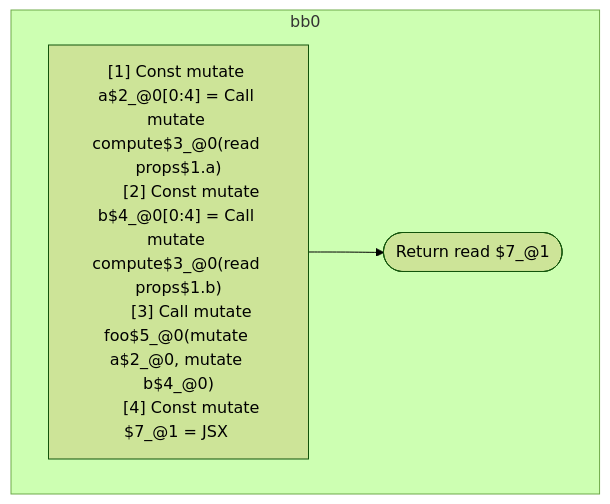
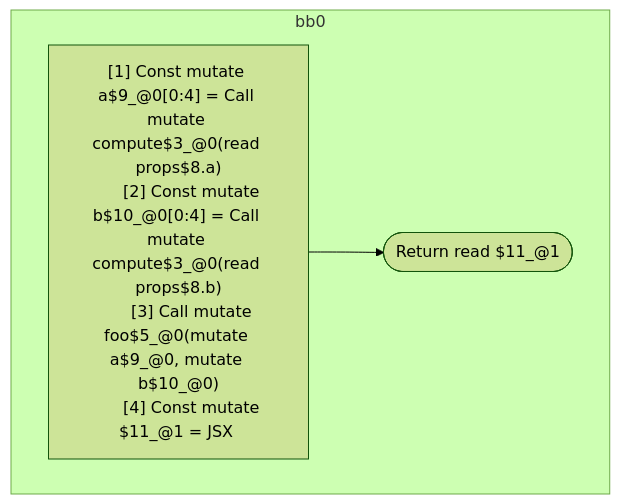
Before and after one commit to wutsmog/private: the first of 4 diagrams in compiler/forget/src/__tests__/fixtures/hir/interdependent.expect.md, drawn with Mermaid (forest theme). The commit also changed other lines of this file and 59 other files, not shown here.

````diff
--- a/compiler/forget/src/__tests__/fixtures/hir/interdependent.expect.md
+++ b/compiler/forget/src/__tests__/fixtures/hir/interdependent.expect.md
@@ -40,16 +40,16 @@
 ```mermaid
 flowchart TB
   %% Basic Blocks
   subgraph bb0
     bb0_instrs["
-      [1] Const mutate a$2_@0[0:4] = Call mutate compute$3_@0(read props$1.a)
-      [2] Const mutate b$4_@0[0:4] = Call mutate compute$3_@0(read props$1.b)
-      [3] Call mutate foo$5_@0(mutate a$2_@0, mutate b$4_@0)
-      [4] Const mutate $7_@1 = JSX <read Foo$6 a={freeze a$2_@0} b={freeze b$4_@0} ></read Foo$6>
+      [1] Const mutate a$9_@0[0:4] = Call mutate compute$3_@0(read props$8.a)
+      [2] Const mutate b$10_@0[0:4] = Call mutate compute$3_@0(read props$8.b)
+      [3] Call mutate foo$5_@0(mutate a$9_@0, mutate b$10_@0)
+      [4] Const mutate $11_@1 = JSX <read Foo$6 a={freeze a$9_@0} b={freeze b$10_@0} ></read Foo$6>
     "]
-    bb0_instrs --> bb0_terminal(["Return read $7_@1"])
+    bb0_instrs --> bb0_terminal(["Return read $11_@1"])
   end
 
   %% Jumps
   %% empty
 ```
````
